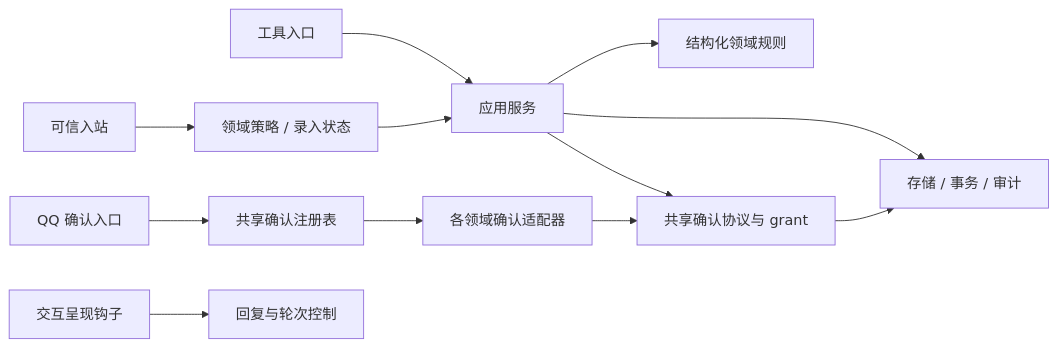
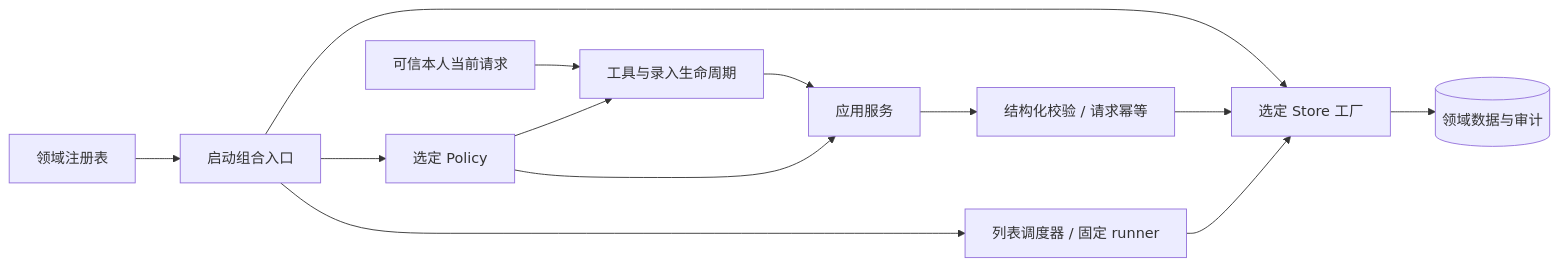
One commit to zsh-afrangry/MyBot changed the diagram in docs/21_后端职责分层与代码整理.md. Above: the diagram before and after it, drawn with Mermaid. The commit also changed other lines of this file and 53 other files, not shown here.

````diff
--- a/docs/21_后端职责分层与代码整理.md
+++ b/docs/21_后端职责分层与代码整理.md
@@ -71,14 +40,15 @@
 ```mermaid
 flowchart LR
-  I[可信入站] --> P[领域策略 / 录入状态]
-  T[工具入口] --> S[应用服务]
+  R[领域注册表] --> C[启动组合入口]
+  C --> P[选定 Policy]
+  C --> D[选定 Store 工厂]
+  I[可信本人当前请求] --> T[工具与录入生命周期]
+  T --> S[应用服务]
+  P --> T
   P --> S
-  S --> M[结构化领域规则]
-  S --> D[存储 / 事务 / 审计]
-  C[QQ 确认入口] --> R[共享确认注册表]
-  R --> A[各领域确认适配器]
-  S --> G[共享确认协议与 grant]
-  A --> G
-  G --> D
-  H[交互呈现钩子] --> O[回复与轮次控制]
+  S --> E[结构化校验 / 请求幂等]
+  E --> D
+  D --> B[(领域数据与审计)]
+  C --> N[列表调度器 / 固定 runner]
+  N --> D
 ```
````
